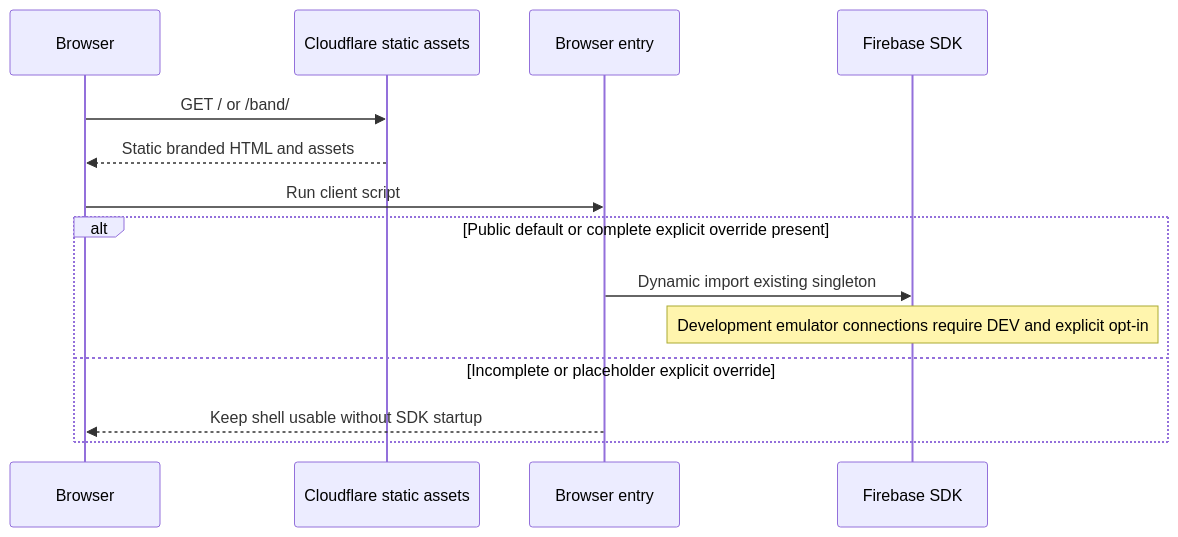
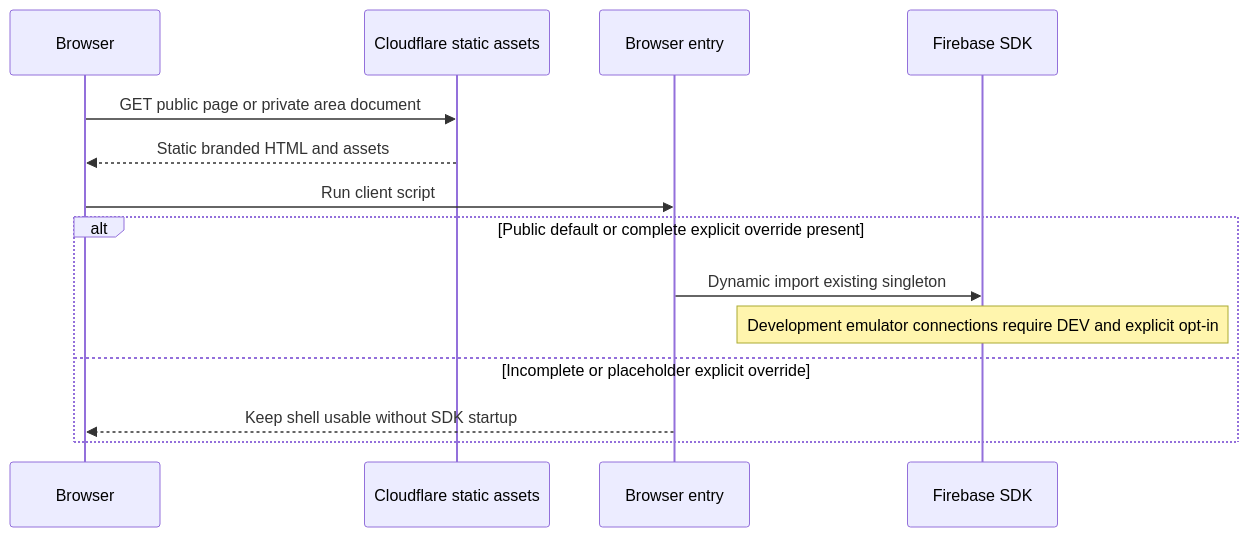
The diagram in docs/architecture/06-runtime-view.md (juangcarmona/pintatonica), drawn with Mermaid before and after one commit. The commit also changed other lines of this file and 92 other files, not shown here.

````diff
--- a/docs/architecture/06-runtime-view.md
+++ b/docs/architecture/06-runtime-view.md
@@ -11,16 +11,16 @@
 ```mermaid
 sequenceDiagram
     participant Browser
     participant Host as Cloudflare static assets
     participant Guard as Browser entry
     participant SDK as Firebase SDK
-    Browser->>Host: GET / or /band/
+    Browser->>Host: GET public page or private area document
     Host-->>Browser: Static branded HTML and assets
     Browser->>Guard: Run client script
     alt Public default or complete explicit override present
         Guard->>SDK: Dynamic import existing singleton
         Note over SDK: Development emulator connections require DEV and explicit opt-in
     else Incomplete or placeholder explicit override
         Guard-->>Browser: Keep shell usable without SDK startup
     end
 ```
````
